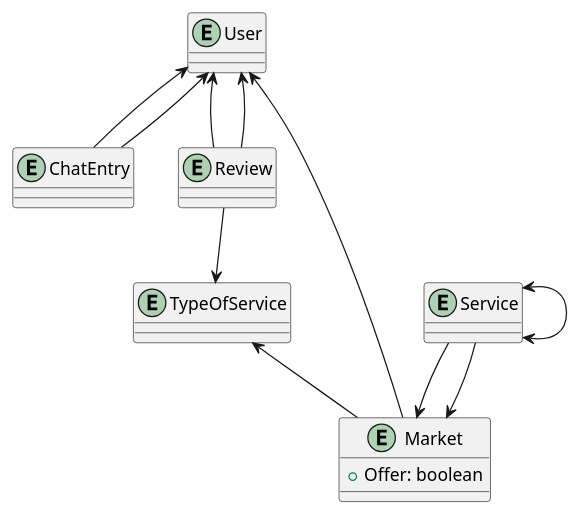
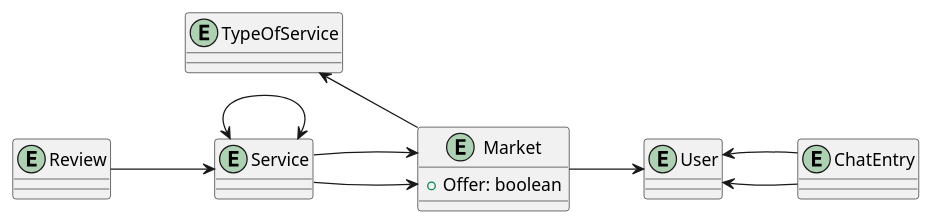
Before and after one commit to 2425-4chif-syp/01-projekte-d4d: the second of 3 diagrams in documenation/Project_Description.adoc, drawn with PlantUML. The commit also changed other lines of this file and 1 other file, not shown here.

Commit message:
docs: correcting erd

```diff
--- a/documenation/Project_Description.adoc
+++ b/documenation/Project_Description.adoc
@@ -73,39 +73,39 @@
 ["plantuml"]
 ----
 @startuml
+left to right direction
+
 entity "User" as User {
 
 }
 
 entity "TypeOfService" as TypeOfService {
 
 }
 
 entity "Service" as Service {
 
 }
 
 entity "Market" as Market {
 +Offer: boolean
 }
 
 entity "ChatEntry" as ChatEntry {
 
 }
 
 entity "Review" as Review {
 
 }
 
 User <-- ChatEntry
-User <-- Review
-User <-- Review
-Review --> TypeOfService
+Review --> Service
 ChatEntry --> User
 TypeOfService <-- Market
 Service --> Market
 Service --> Market
 Service <--> Service
 Market --> User
 @enduml
 ----
```
